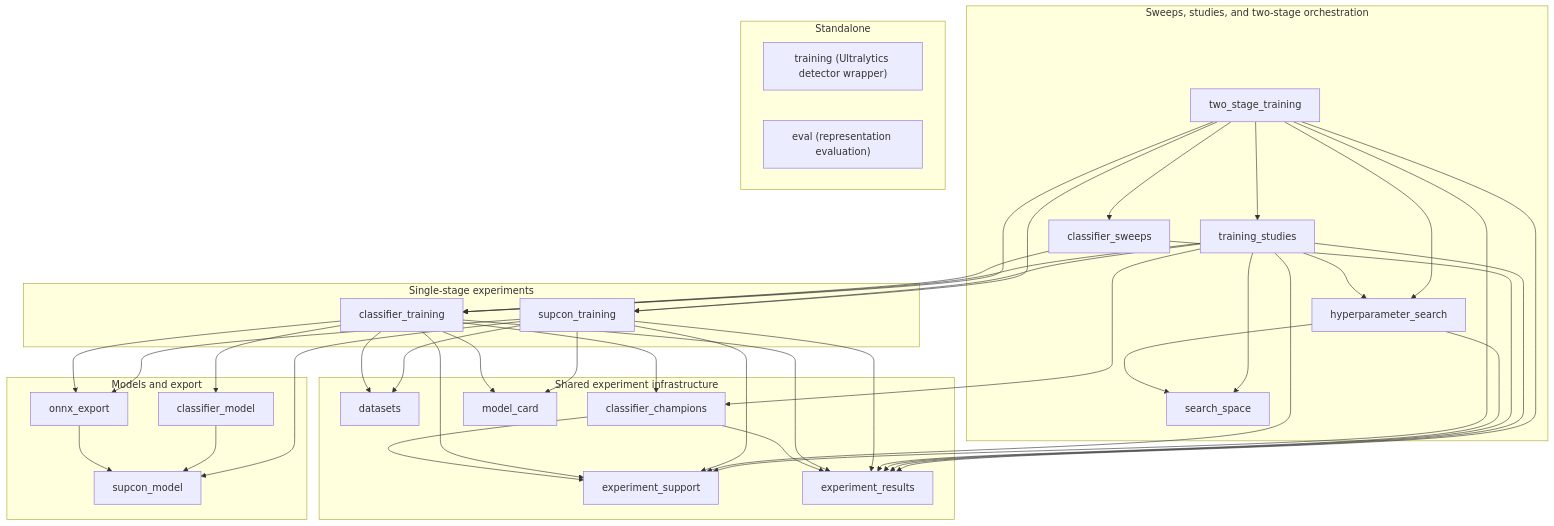
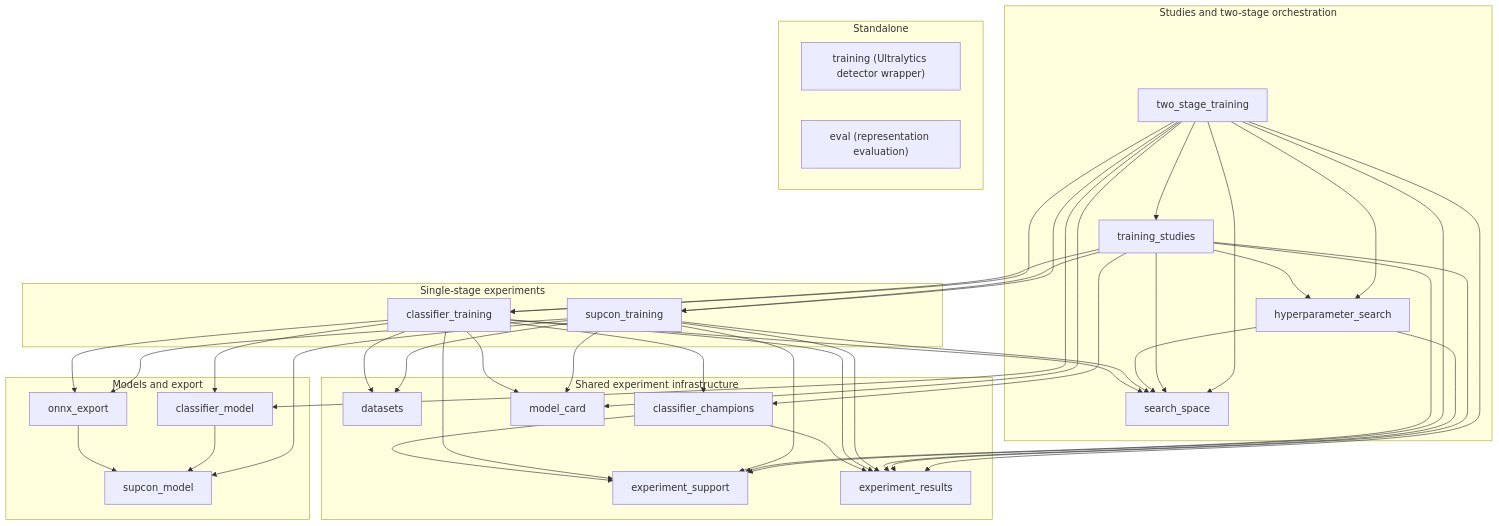
The third of 7 diagrams in README.md (ssciwr/smartrodent_experiments), drawn with Mermaid before and after one commit. The commit also changed other lines of this file and 55 other files, not shown here.

````diff
--- a/README.md
+++ b/README.md
@@ -245,77 +244,77 @@
 ```mermaid
 flowchart TB
-    subgraph orchestration["Sweeps, studies, and two-stage orchestration"]
+    subgraph orchestration["Studies and two-stage orchestration"]
         two_stage_training
         training_studies
-        classifier_sweeps
         hyperparameter_search
         search_space
     end
 
     subgraph stages["Single-stage experiments"]
         supcon_training
         classifier_training
     end
 
     subgraph models["Models and export"]
         supcon_model
         classifier_model
         onnx_export
     end
 
     subgraph support["Shared experiment infrastructure"]
         datasets
         experiment_support
         experiment_results
         classifier_champions
         model_card
     end
 
     subgraph standalone["Standalone"]
         training["training (Ultralytics detector wrapper)"]
         eval["eval (representation evaluation)"]
     end
 
     two_stage_training --> training_studies
-    two_stage_training --> classifier_sweeps
     two_stage_training --> hyperparameter_search
+    two_stage_training --> search_space
     two_stage_training --> supcon_training
     two_stage_training --> classifier_training
+    two_stage_training --> classifier_model
+    two_stage_training --> model_card
     two_stage_training --> experiment_support
     two_stage_training --> experiment_results
 
     training_studies --> hyperparameter_search
     training_studies --> search_space
     training_studies --> supcon_training
     training_studies --> classifier_training
     training_studies --> classifier_champions
     training_studies --> experiment_support
     training_studies --> experiment_results
 
-    classifier_sweeps --> classifier_training
-    classifier_sweeps --> experiment_results
-
     hyperparameter_search --> search_space
     hyperparameter_search --> experiment_results
 
     supcon_training --> supcon_model
     supcon_training --> onnx_export
     supcon_training --> datasets
     supcon_training --> experiment_support
     supcon_training --> experiment_results
     supcon_training --> model_card
+    supcon_training --> search_space
 
     classifier_training --> classifier_model
     classifier_training --> onnx_export
     classifier_training --> datasets
     classifier_training --> experiment_support
     classifier_training --> experiment_results
     classifier_training --> classifier_champions
     classifier_training --> model_card
+    classifier_training --> search_space
 
     classifier_model --> supcon_model
     onnx_export --> supcon_model
 
     classifier_champions --> experiment_support
     classifier_champions --> experiment_results
 ```
````
